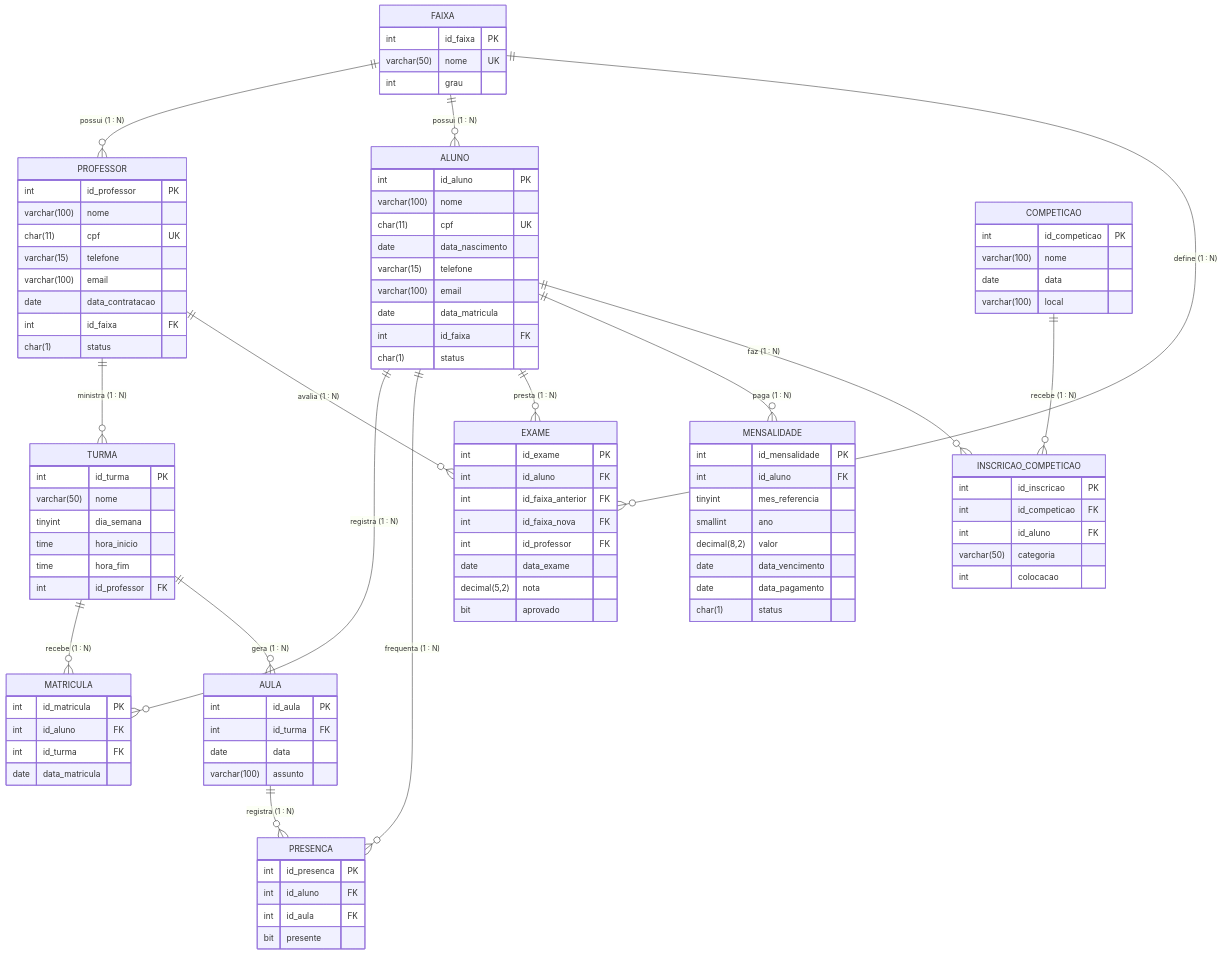
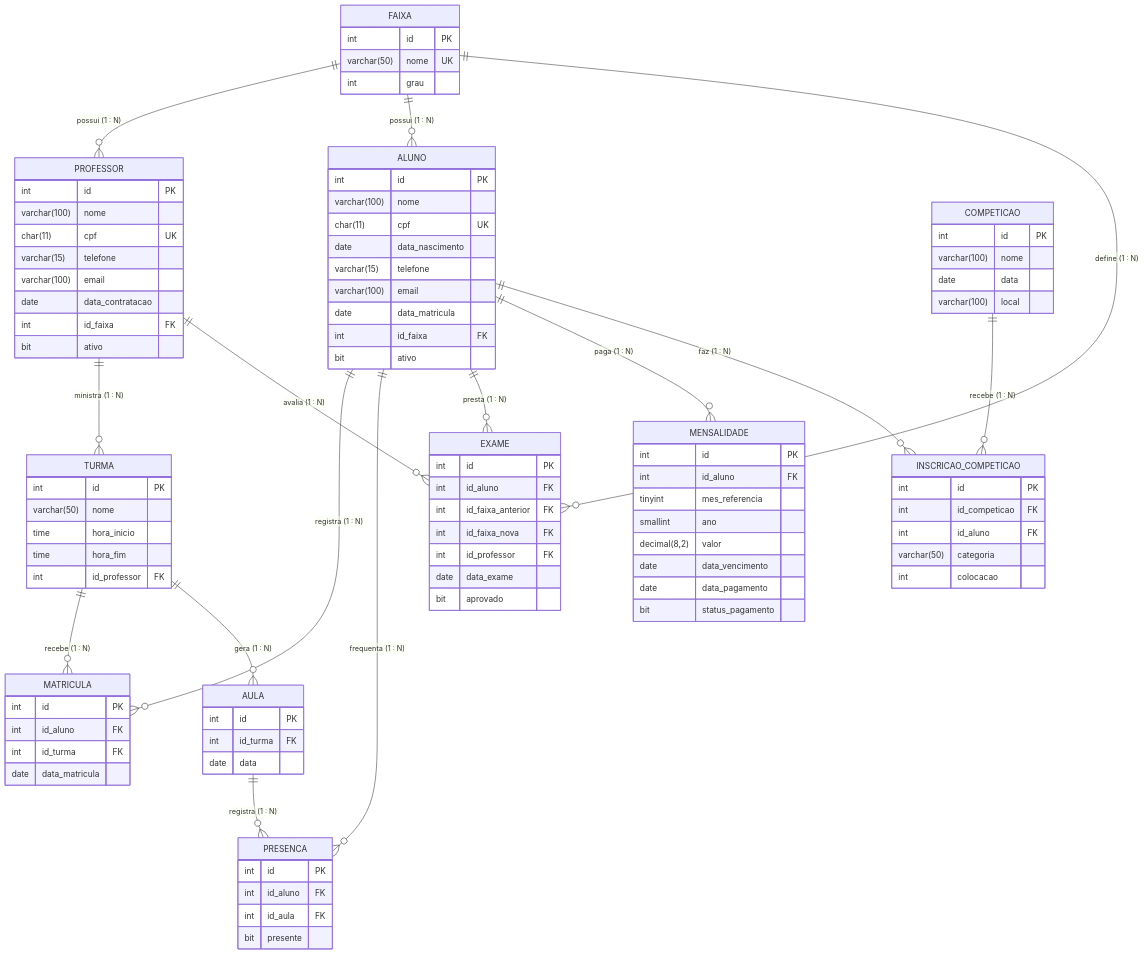
One commit to lucas-oruncode/db-sctec changed the diagram in modelo_escola_jiu_jitsu.mmd. Above: the diagram before and after it, drawn with Mermaid. The commit also changed 1 other file, not shown here.

```diff
--- a/modelo_escola_jiu_jitsu.mmd
+++ b/modelo_escola_jiu_jitsu.mmd
@@ -1,114 +1,111 @@
 %% Modelo ER - Escola de Jiu-Jitsu
 %% Abrir em https://mermaid.live/ ou visualizar no GitHub
 erDiagram
 
     FAIXA ||--o{ PROFESSOR : "possui (1 : N)"
     FAIXA ||--o{ ALUNO : "possui (1 : N)"
     FAIXA ||--o{ EXAME : "define (1 : N)"
     PROFESSOR ||--o{ TURMA : "ministra (1 : N)"
     PROFESSOR ||--o{ EXAME : "avalia (1 : N)"
     ALUNO ||--o{ MATRICULA : "registra (1 : N)"
     TURMA ||--o{ MATRICULA : "recebe (1 : N)"
     TURMA ||--o{ AULA : "gera (1 : N)"
     AULA ||--o{ PRESENCA : "registra (1 : N)"
     ALUNO ||--o{ PRESENCA : "frequenta (1 : N)"
     ALUNO ||--o{ EXAME : "presta (1 : N)"
     ALUNO ||--o{ MENSALIDADE : "paga (1 : N)"
     COMPETICAO ||--o{ INSCRICAO_COMPETICAO : "recebe (1 : N)"
     ALUNO ||--o{ INSCRICAO_COMPETICAO : "faz (1 : N)"
 
     FAIXA {
-        int id_faixa PK
+        int id PK
         varchar(50) nome UK
         int grau
     }
 
     PROFESSOR {
-        int id_professor PK
+        int id PK
         varchar(100) nome
         char(11) cpf UK
         varchar(15) telefone
         varchar(100) email
         date data_contratacao
         int id_faixa FK
-        char(1) status
+        bit ativo
     }
 
     ALUNO {
-        int id_aluno PK
+        int id PK
         varchar(100) nome
         char(11) cpf UK
         date data_nascimento
         varchar(15) telefone
         varchar(100) email
         date data_matricula
         int id_faixa FK
-        char(1) status
+        bit ativo
     }
 
     MENSALIDADE {
-        int id_mensalidade PK
+        int id PK
         int id_aluno FK
         tinyint mes_referencia
         smallint ano
         decimal(8,2) valor
         date data_vencimento
         date data_pagamento
-        char(1) status
+        bit status_pagamento
     }
 
     TURMA {
-        int id_turma PK
+        int id PK
         varchar(50) nome
-        tinyint dia_semana
         time hora_inicio
         time hora_fim
         int id_professor FK
     }
 
     EXAME {
-        int id_exame PK
+        int id PK
         int id_aluno FK
         int id_faixa_anterior FK
         int id_faixa_nova FK
         int id_professor FK
         date data_exame
-        decimal(5,2) nota
         bit aprovado
     }
 
     MATRICULA {
-        int id_matricula PK
+        int id PK
         int id_aluno FK
         int id_turma FK
         date data_matricula
     }
 
     COMPETICAO {
-        int id_competicao PK
+        int id PK
         varchar(100) nome
         date data
         varchar(100) local
     }
 
     AULA {
-        int id_aula PK
+        int id PK
         int id_turma FK
         date data
-        varchar(100) assunto
     }
 
     PRESENCA {
-        int id_presenca PK
+        int id PK
         int id_aluno FK
         int id_aula FK
         bit presente
     }
 
     INSCRICAO_COMPETICAO {
-        int id_inscricao PK
+        int id PK
         int id_competicao FK
         int id_aluno FK
         varchar(50) categoria
         int colocacao
     }
```
